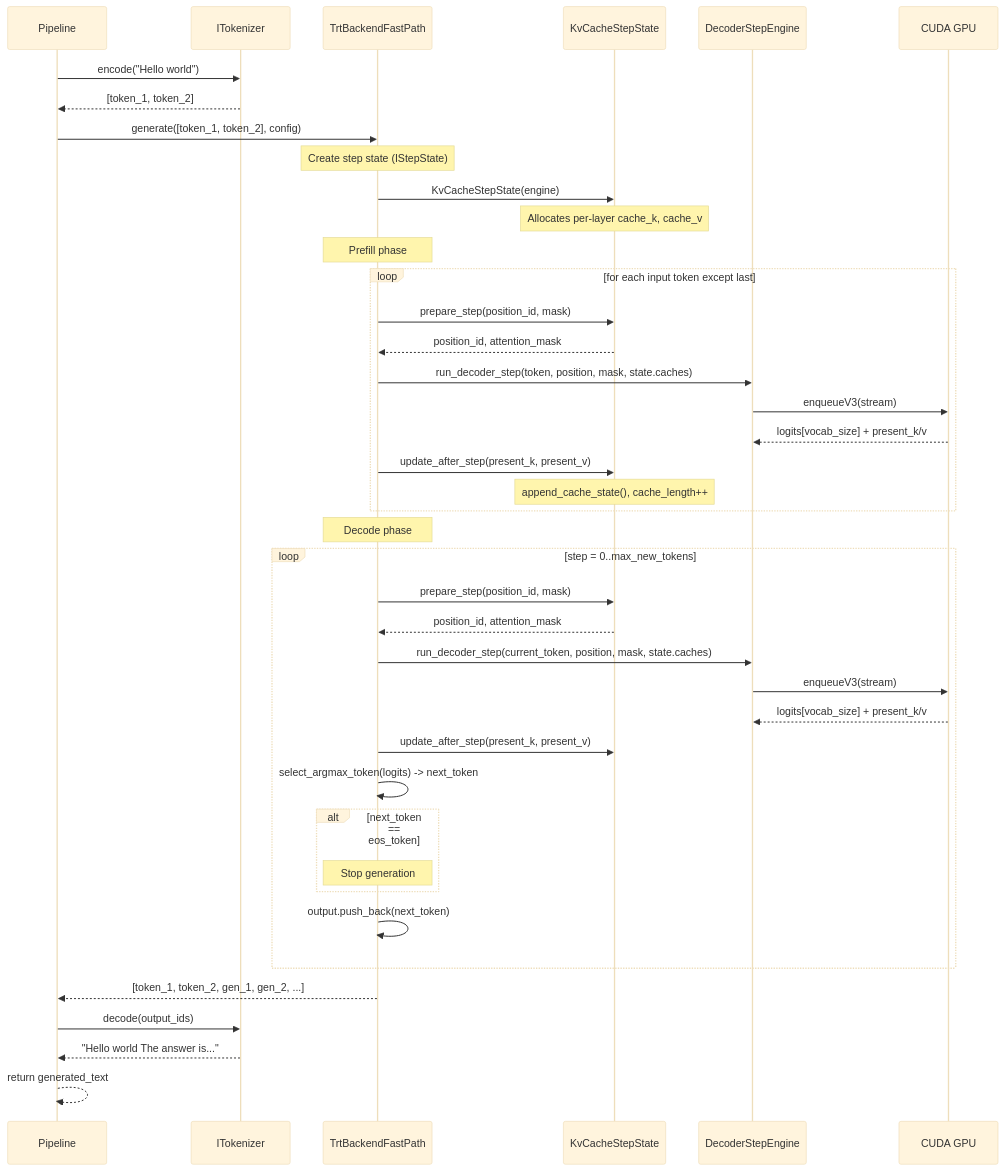
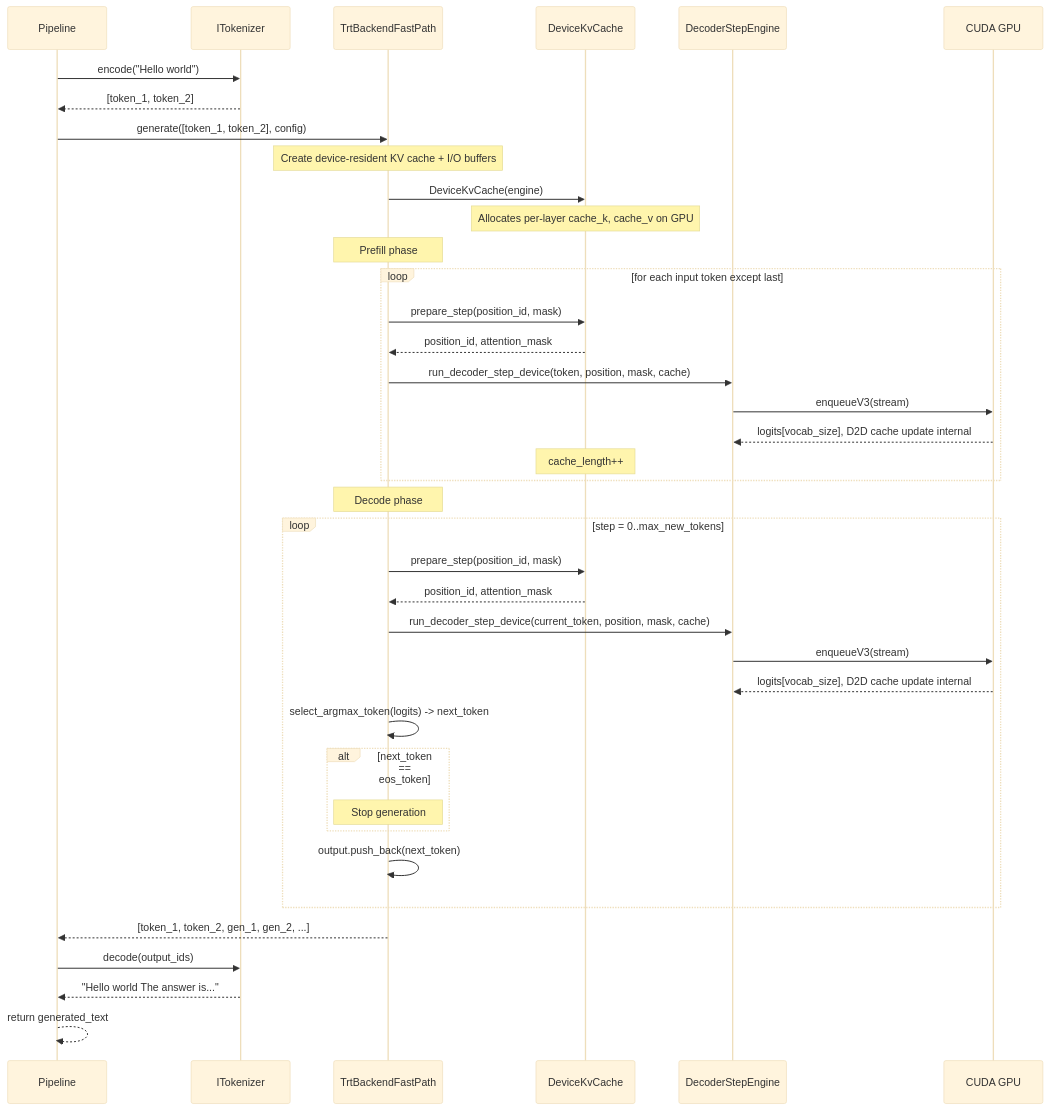
The third of 5 diagrams in docs/wiki/Dynamic-Design.md (AbishekCoder1/TensorRT-Model-Connect), drawn with Mermaid (base theme) before and after one commit. The commit also changed other lines of this file and 27 other files, not shown here.

````diff
--- a/docs/wiki/Dynamic-Design.md
+++ b/docs/wiki/Dynamic-Design.md
@@ -120,48 +120,46 @@
 ```mermaid
 sequenceDiagram
     participant P as Pipeline
     participant T as ITokenizer
     participant B as TrtBackendFastPath
-    participant S as KvCacheStepState
+    participant S as DeviceKvCache
     participant E as DecoderStepEngine
     participant GPU as CUDA GPU
 
     P->>T: encode("Hello world")
     T-->>P: [token_1, token_2]
     P->>B: generate([token_1, token_2], config)
 
-    Note over B: Create step state (IStepState)
-    B->>S: KvCacheStepState(engine)
-    Note over S: Allocates per-layer cache_k, cache_v
+    Note over B: Create device-resident KV cache + I/O buffers
+    B->>S: DeviceKvCache(engine)
+    Note over S: Allocates per-layer cache_k, cache_v on GPU
 
     Note over B: Prefill phase
     loop for each input token except last
         B->>S: prepare_step(position_id, mask)
         S-->>B: position_id, attention_mask
-        B->>E: run_decoder_step(token, position, mask, state.caches)
+        B->>E: run_decoder_step_device(token, position, mask, cache)
         E->>GPU: enqueueV3(stream)
-        GPU-->>E: logits[vocab_size] + present_k/v
-        B->>S: update_after_step(present_k, present_v)
-        Note over S: append_cache_state(), cache_length++
+        GPU-->>E: logits[vocab_size], D2D cache update internal
+        Note over S: cache_length++
     end
 
     Note over B: Decode phase
     loop step = 0..max_new_tokens
         B->>S: prepare_step(position_id, mask)
         S-->>B: position_id, attention_mask
-        B->>E: run_decoder_step(current_token, position, mask, state.caches)
+        B->>E: run_decoder_step_device(current_token, position, mask, cache)
         E->>GPU: enqueueV3(stream)
-        GPU-->>E: logits[vocab_size] + present_k/v
-        B->>S: update_after_step(present_k, present_v)
+        GPU-->>E: logits[vocab_size], D2D cache update internal
         B->>B: select_argmax_token(logits) -> next_token
         alt next_token == eos_token
             Note over B: Stop generation
         end
         B->>B: output.push_back(next_token)
     end
 
     B-->>P: [token_1, token_2, gen_1, gen_2, ...]
     P->>T: decode(output_ids)
     T-->>P: "Hello world The answer is..."
     P-->>P: return generated_text
 ```
````
